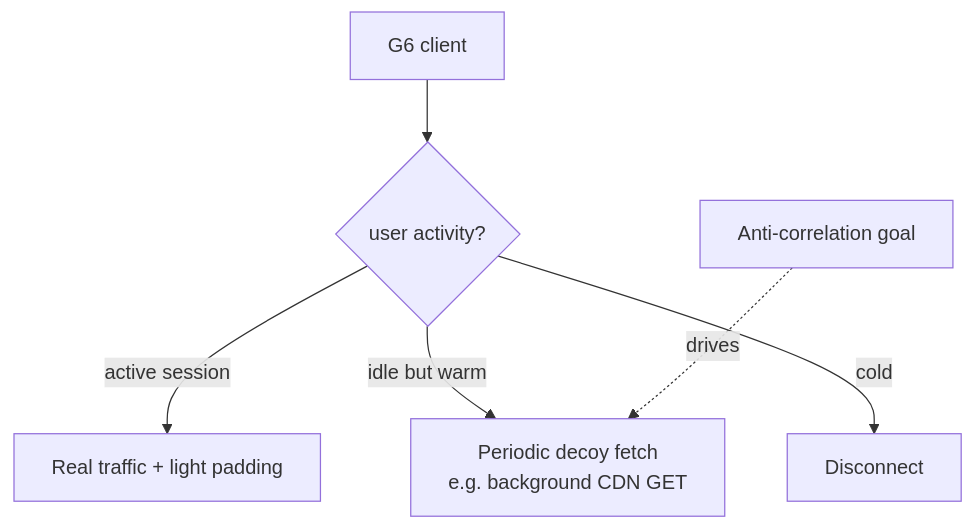
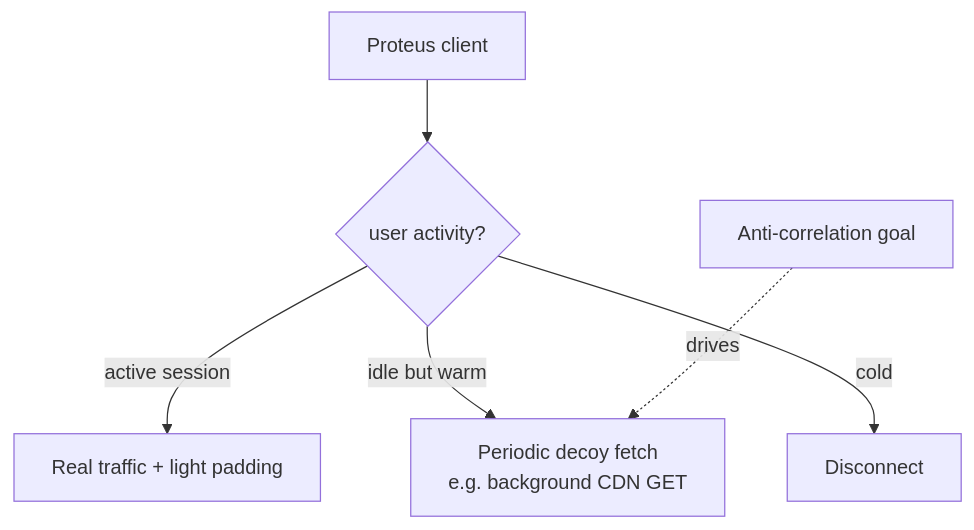
The second of 2 diagrams in lessons/part-10-traffic-analysis/10.9-probabilistic-decoy-traffic.md (Icarus603/network-from-scratch), drawn with Mermaid before and after one commit. The commit also changed other lines of this file and 300 other files, not shown here.

````diff
--- a/lessons/part-10-traffic-analysis/10.9-probabilistic-decoy-traffic.md
+++ b/lessons/part-10-traffic-analysis/10.9-probabilistic-decoy-traffic.md
@@ -141,11 +141,11 @@
 ```mermaid
 flowchart TD
-    A[G6 client] --> B{user activity?}
+    A[Proteus client] --> B{user activity?}
     B -->|active session| C[Real traffic + light padding]
     B -->|idle but warm| D[Periodic decoy fetch<br/>e.g. background CDN GET]
     B -->|cold| E[Disconnect]
     
     F[Anti-correlation goal] -. drives .-> D
     
     classDef ours fill:#fde,stroke:#c39
 ```
````
